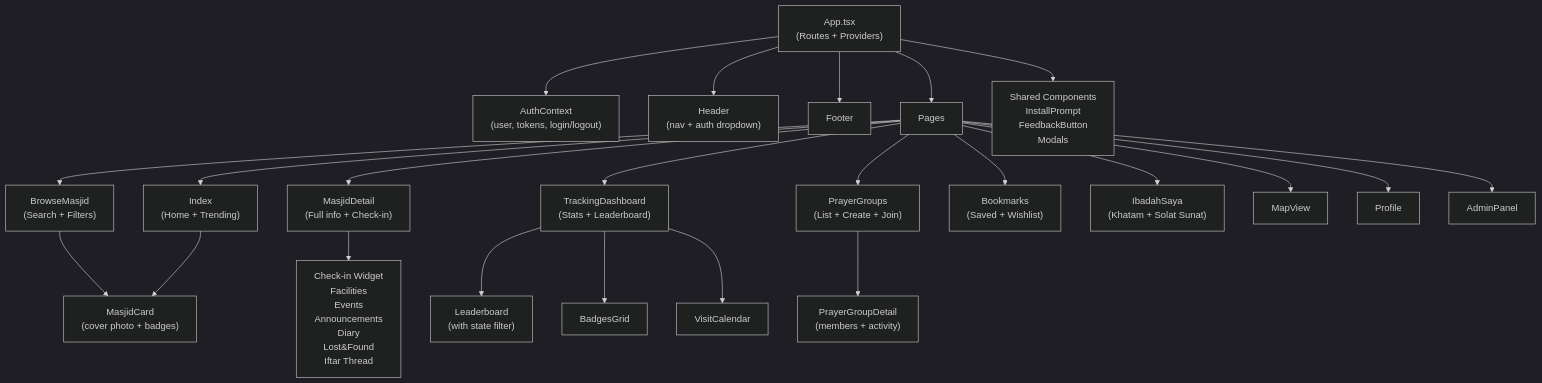
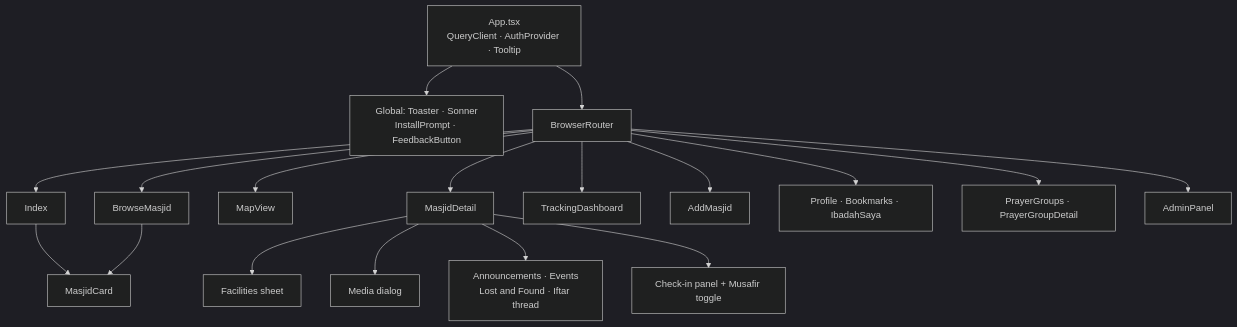
Before and after one commit to snsyaqirah/snsyaqirah.github.io: diagram 12 of 15 in portfolio-react/public/docs/singgahluhh.md, drawn with Mermaid (dark theme). The commit also changed other lines of this file and 101 other files, not shown here.

````diff
--- a/portfolio-react/public/docs/singgahluhh.md
+++ b/portfolio-react/public/docs/singgahluhh.md
@@ -807,33 +560,21 @@
 ```mermaid
 graph TD
-    App["App.tsx\n(Routes + Providers)"]
-    
-    App --> AuthContext["AuthContext\n(user, tokens, login/logout)"]
-    App --> Header["Header\n(nav + auth dropdown)"]
-    App --> Footer["Footer"]
-    App --> Pages["Pages"]
-    
-    Pages --> Index["Index\n(Home + Trending)"]
-    Pages --> Browse["BrowseMasjid\n(Search + Filters)"]
-    Pages --> Detail["MasjidDetail\n(Full info + Check-in)"]
-    Pages --> Dashboard["TrackingDashboard\n(Stats + Leaderboard)"]
-    Pages --> Groups["PrayerGroups\n(List + Create + Join)"]
-    Pages --> Bookmarks["Bookmarks\n(Saved + Wishlist)"]
-    Pages --> Ibadah["IbadahSaya\n(Khatam + Solat Sunat)"]
-    Pages --> MapView["MapView"]
-    Pages --> Profile["Profile"]
-    Pages --> Admin["AdminPanel"]
-    
-    Detail --> DetailSections["Check-in Widget<br/>Facilities<br/>Events<br/>Announcements<br/>Diary<br/>Lost&Found<br/>Iftar Thread"]
-    
-    Browse --> MasjidCard["MasjidCard\n(cover photo + badges)"]
-    Index --> MasjidCard
-    
-    Dashboard --> LeaderboardComp["Leaderboard\n(with state filter)"]
-    Dashboard --> BadgesComp["BadgesGrid"]
-    Dashboard --> HeatmapComp["VisitCalendar"]
-    
-    Groups --> GroupDetail["PrayerGroupDetail\n(members + activity)"]
-    
-    App --> SharedComps["Shared Components<br/>InstallPrompt<br/>FeedbackButton<br/>Modals"]
+    App["App.tsx<br/>QueryClient · AuthProvider · Tooltip"]
+    App --> GL["Global: Toaster · Sonner<br/>InstallPrompt · FeedbackButton"]
+    App --> RT["BrowserRouter"]
+    RT --> IDX["Index"]
+    RT --> BR["BrowseMasjid"]
+    RT --> MV["MapView"]
+    RT --> MD["MasjidDetail"]
+    RT --> TD["TrackingDashboard"]
+    RT --> AM["AddMasjid"]
+    RT --> PF["Profile · Bookmarks · IbadahSaya"]
+    RT --> PG["PrayerGroups · PrayerGroupDetail"]
+    RT --> AP["AdminPanel"]
+    IDX --> MC["MasjidCard"]
+    BR --> MC
+    MD --> FAC["Facilities sheet"]
+    MD --> MED["Media dialog"]
+    MD --> BOARDS["Announcements · Events<br/>Lost and Found · Iftar thread"]
+    MD --> CI["Check-in panel + Musafir toggle"]
 ```
````
